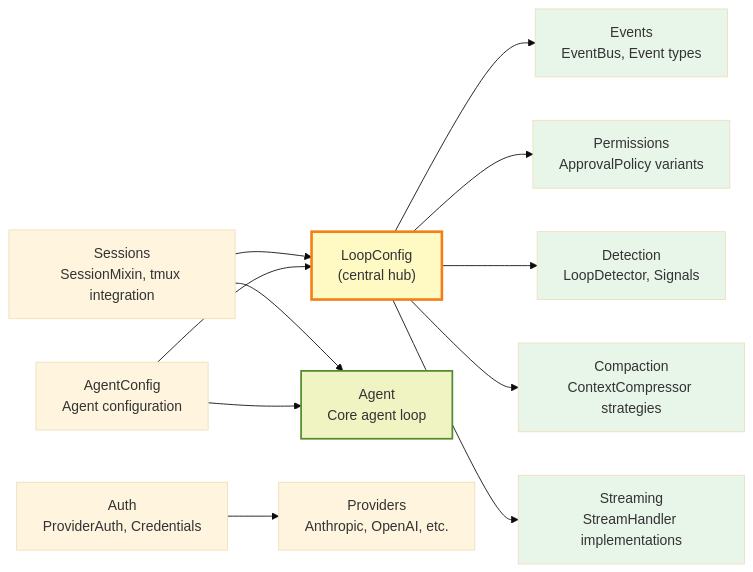
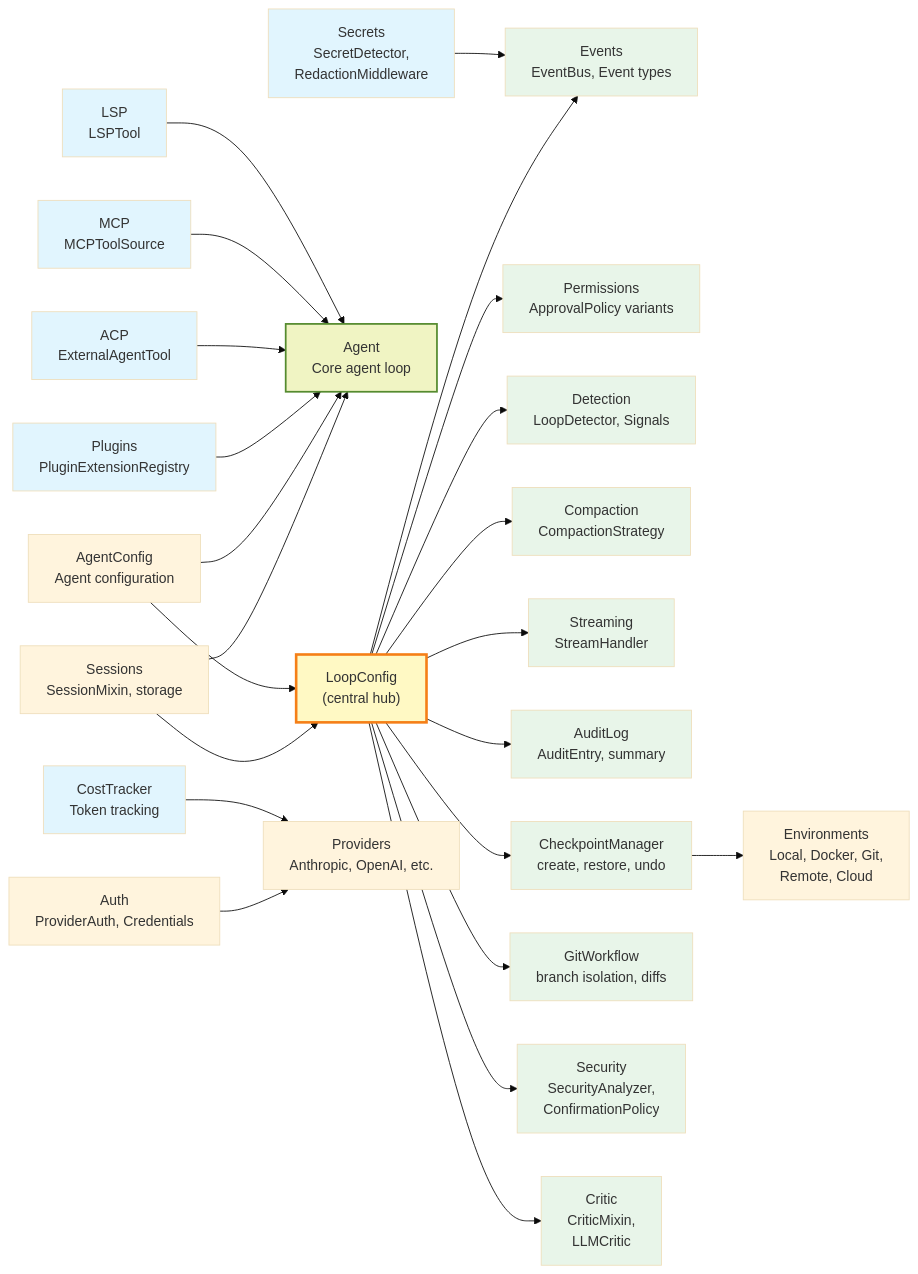
The third of 4 diagrams in docs/architecture.md (0bserver07/chimera), drawn with Mermaid (base theme) before and after one commit. The commit also changed other lines of this file, not shown here.

First line of the commit message:
docs: update architecture to 8-layer stack with full module map

````diff
--- a/docs/architecture.md
+++ b/docs/architecture.md
@@ -177,38 +251,76 @@
 ```mermaid
 graph LR
     LoopConfig["LoopConfig<br/>(central hub)"]
 
     Events["Events<br/>EventBus, Event types"]
     Permissions["Permissions<br/>ApprovalPolicy variants"]
     Detection["Detection<br/>LoopDetector, Signals"]
-    Compaction["Compaction<br/>ContextCompressor strategies"]
-    Streaming["Streaming<br/>StreamHandler implementations"]
+    Compaction["Compaction<br/>CompactionStrategy"]
+    Streaming["Streaming<br/>StreamHandler"]
+    AuditLog["AuditLog<br/>AuditEntry, summary"]
+    CheckpointMgr["CheckpointManager<br/>create, restore, undo"]
+    GitWorkflow["GitWorkflow<br/>branch isolation, diffs"]
+    SecurityMod["Security<br/>SecurityAnalyzer,<br/>ConfirmationPolicy"]
+    CriticMod["Critic<br/>CriticMixin,<br/>LLMCritic"]
 
-    Sessions["Sessions<br/>SessionMixin, tmux integration"]
+    Sessions["Sessions<br/>SessionMixin, storage"]
     Auth["Auth<br/>ProviderAuth, Credentials"]
     AgentConfig["AgentConfig<br/>Agent configuration"]
 
     Agent["Agent<br/>Core agent loop"]
+
+    Secrets["Secrets<br/>SecretDetector,<br/>RedactionMiddleware"]
+    Plugins["Plugins<br/>PluginExtensionRegistry"]
+    ACPMod["ACP<br/>ExternalAgentTool"]
+    MCPMod["MCP<br/>MCPToolSource"]
+    LSPMod["LSP<br/>LSPTool"]
+    CostTracker["CostTracker<br/>Token tracking"]
 
     LoopConfig --> Events
     LoopConfig --> Permissions
     LoopConfig --> Detection
     LoopConfig --> Compaction
     LoopConfig --> Streaming
+    LoopConfig --> AuditLog
+    LoopConfig --> CheckpointMgr
+    LoopConfig --> GitWorkflow
+    LoopConfig --> SecurityMod
+    LoopConfig --> CriticMod
+
+    Secrets --> Events
 
     Sessions --> LoopConfig
     Sessions --> Agent
 
     Auth --> Providers["Providers<br/>Anthropic, OpenAI, etc."]
+    CostTracker --> Providers
 
     AgentConfig --> Agent
     AgentConfig --> LoopConfig
+
+    Plugins --> Agent
+    ACPMod --> Agent
+    MCPMod --> Agent
+    LSPMod --> Agent
+
+    CheckpointMgr --> Environments["Environments<br/>Local, Docker, Git,<br/>Remote, Cloud"]
 
     style LoopConfig fill:#fff9c4,stroke:#f57f17,stroke-width:3px
     style Agent fill:#f0f4c3,stroke:#558b2f,stroke-width:2px
     style Events fill:#e8f5e9
     style Permissions fill:#e8f5e9
     style Detection fill:#e8f5e9
     style Compaction fill:#e8f5e9
     style Streaming fill:#e8f5e9
+    style AuditLog fill:#e8f5e9
+    style CheckpointMgr fill:#e8f5e9
+    style GitWorkflow fill:#e8f5e9
+    style SecurityMod fill:#e8f5e9
+    style CriticMod fill:#e8f5e9
+    style Secrets fill:#e1f5fe
+    style Plugins fill:#e1f5fe
+    style ACPMod fill:#e1f5fe
+    style MCPMod fill:#e1f5fe
+    style LSPMod fill:#e1f5fe
+    style CostTracker fill:#e1f5fe
 ```
````
